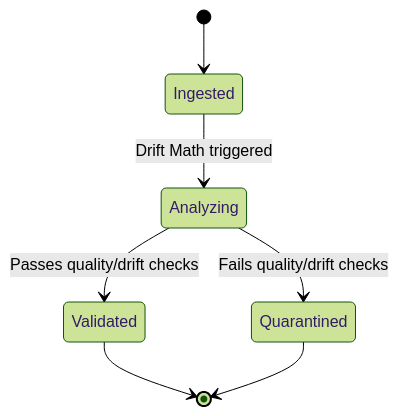
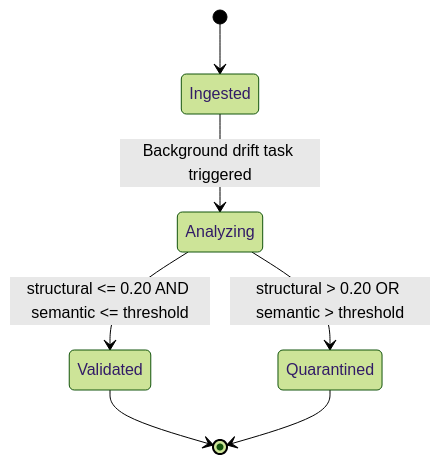
Before and after one commit to Warisha-Bilal7/biointel-into-the-scrapeverse: the third of 3 diagrams in diagrams.md, drawn with Mermaid (forest theme). The commit also changed other lines of this file and 4 other files, not shown here.

````diff
--- a/diagrams.md
+++ b/diagrams.md
@@ -43,9 +44,9 @@
 ```mermaid
 stateDiagram-v2
     [*] --> Ingested
-    Ingested --> Analyzing: Drift Math triggered
-    Analyzing --> Validated: Passes quality/drift checks
-    Analyzing --> Quarantined: Fails quality/drift checks
+    Ingested --> Analyzing: Background drift task triggered
+    Analyzing --> Validated: structural <= 0.20 AND semantic <= threshold
+    Analyzing --> Quarantined: structural > 0.20 OR semantic > threshold
     Validated --> [*]
     Quarantined --> [*]
 ```
````
